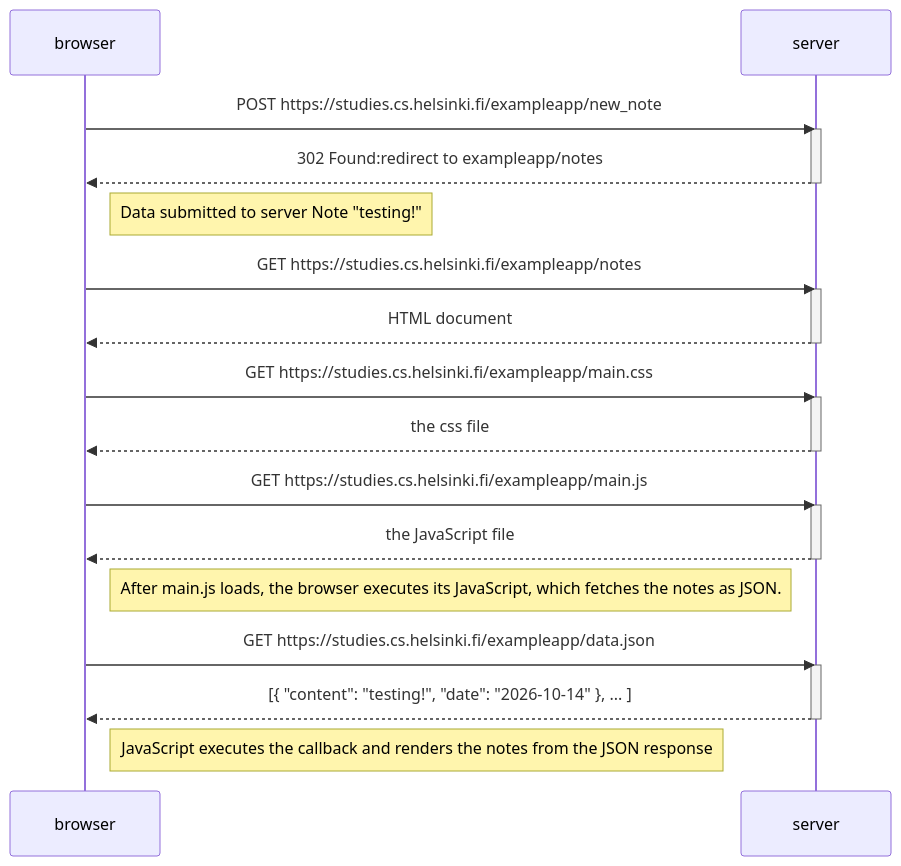
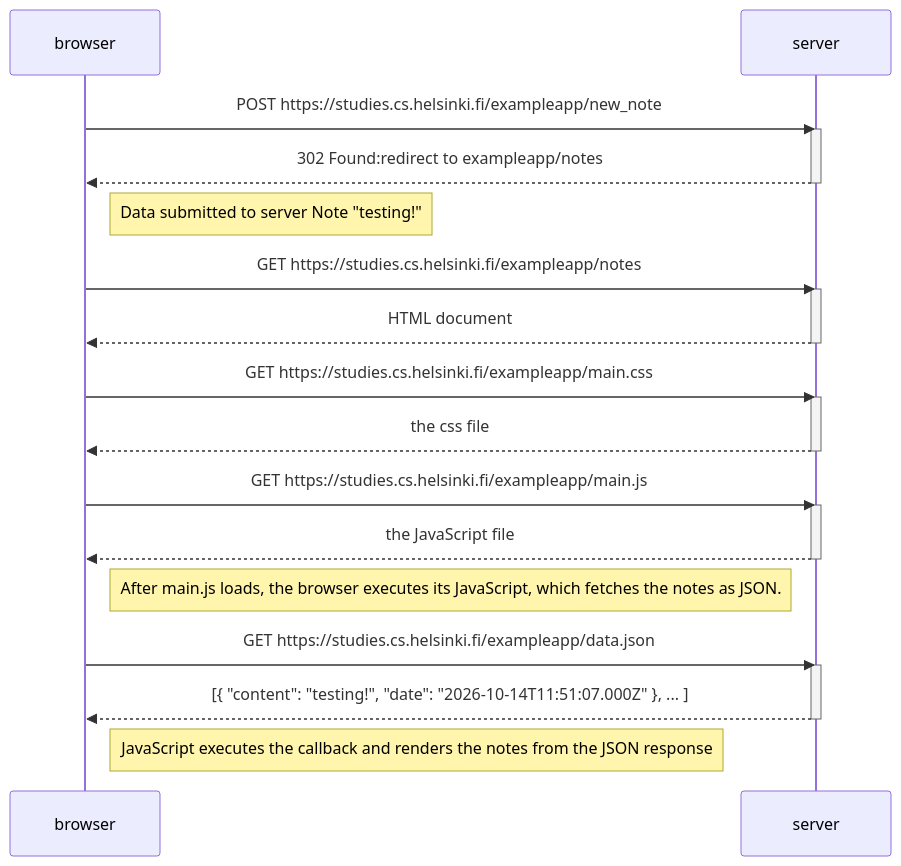
One commit to niladrigope-dev/fullstack-open changed the diagram in part 0/exercise4.md. Above: the diagram before and after it, drawn with Mermaid.

Commit message:
added time in exercise4 data json

````diff
--- a/part 0/exercise4.md
+++ b/part 0/exercise4.md
@@ -1,36 +1,36 @@
 ```mermaid
 sequenceDiagram
     participant browser
     participant server
 
     browser->>server: POST https://studies.cs.helsinki.fi/exampleapp/new_note
     activate server
     server-->>browser: 302 Found:redirect to exampleapp/notes
     deactivate server
 
     Note right of browser: Data submitted to server Note "testing!"
 
     browser->>server: GET https://studies.cs.helsinki.fi/exampleapp/notes
     activate server
     server-->>browser: HTML document
     deactivate server
 
     browser->>server: GET https://studies.cs.helsinki.fi/exampleapp/main.css
     activate server
     server-->>browser: the css file
     deactivate server
 
     browser->>server: GET https://studies.cs.helsinki.fi/exampleapp/main.js
     activate server
     server-->>browser: the JavaScript file
     deactivate server
 
     Note right of browser: After main.js loads, the browser executes its JavaScript, which fetches the notes as JSON.
 
     browser->>server: GET https://studies.cs.helsinki.fi/exampleapp/data.json
     activate server
-    server-->>browser: [{ "content": "testing!", "date": "2026-10-14" }, ... ]
+    server-->>browser: [{ "content": "testing!", "date": "2026-10-14T11:51:07.000Z" }, ... ]
     deactivate server
 
     Note right of browser: JavaScript executes the callback and renders the notes from the JSON response   
 ```
````
